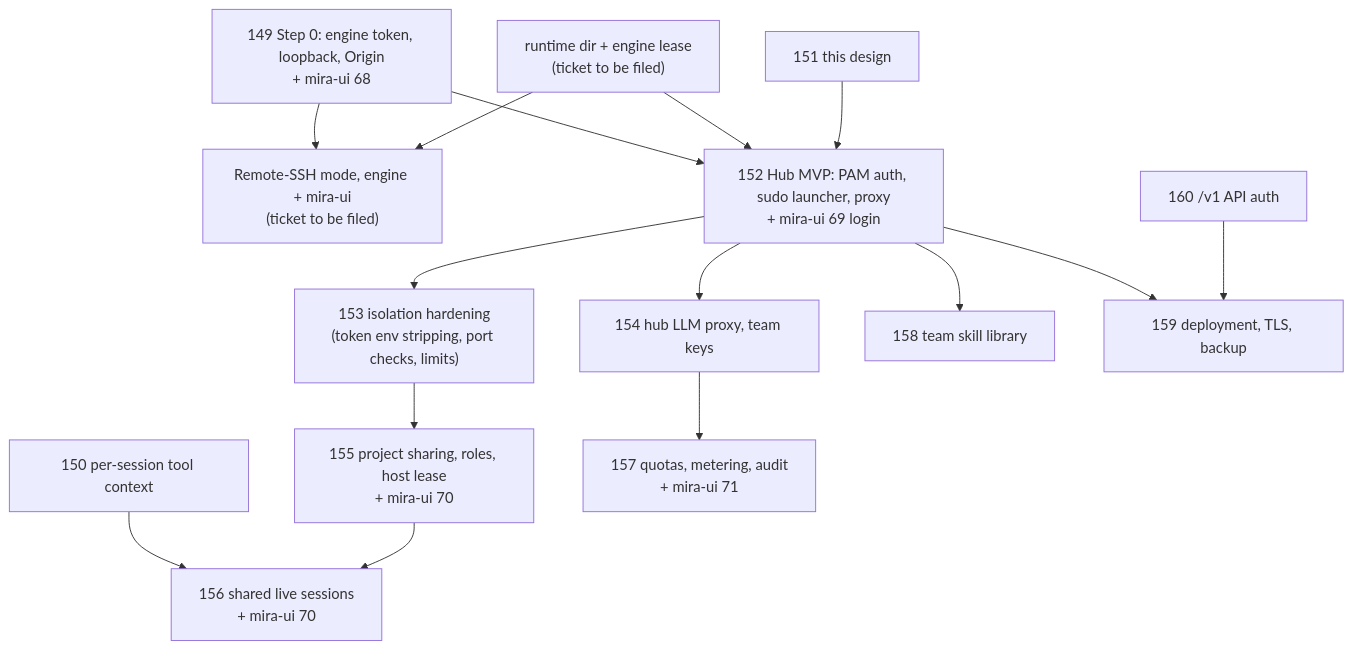
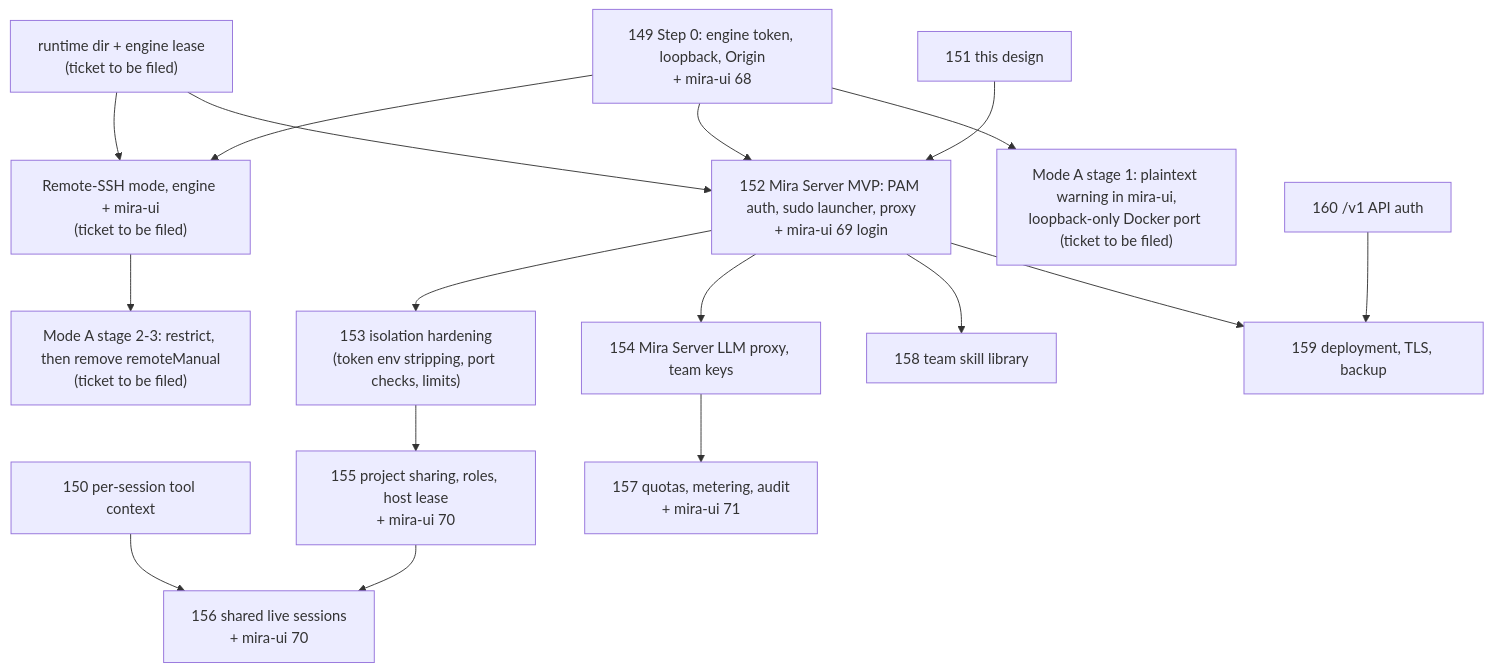
One commit to MIRA-Intelligence/mira changed the fifth of 5 diagrams in docs/server-edition/architecture.md. Above: the diagram before and after it, drawn with Mermaid. The commit also changed other lines of this file and 1 other file, not shown here.

First line of the commit message:
docs(server): rename the multi-user component to Mira Server and deprecate direct remote engines

````diff
--- a/docs/server-edition/architecture.md
+++ b/docs/server-edition/architecture.md
@@ -601,16 +627,17 @@
 ```mermaid
 flowchart TD
-  S0["149 Step 0: engine token, loopback, Origin<br/>+ mira-ui 68"] --> SSH & HUB
+  S0["149 Step 0: engine token, loopback, Origin<br/>+ mira-ui 68"] --> SSH & SRV
   R["150 per-session tool context"] --> LIVE
-  RT["runtime dir + engine lease<br/>(ticket to be filed)"] --> SSH & HUB
-  SSH["Remote-SSH mode, engine + mira-ui<br/>(ticket to be filed)"]
-  DOC["151 this design"] --> HUB
-  HUB["152 Hub MVP: PAM auth, sudo launcher, proxy<br/>+ mira-ui 69 login"] --> ISO["153 isolation hardening<br/>(token env stripping, port checks, limits)"]
-  HUB --> CFG["154 hub LLM proxy, team keys"]
-  HUB --> SK["158 team skill library"]
+  RT["runtime dir + engine lease<br/>(ticket to be filed)"] --> SSH & SRV
+  SSH["Remote-SSH mode, engine + mira-ui<br/>(ticket to be filed)"] --> DEPR["Mode A stage 2-3: restrict, then remove remoteManual<br/>(ticket to be filed)"]
+  S0 --> WARN["Mode A stage 1: plaintext warning in mira-ui,<br/>loopback-only Docker port (ticket to be filed)"]
+  DOC["151 this design"] --> SRV
+  SRV["152 Mira Server MVP: PAM auth, sudo launcher, proxy<br/>+ mira-ui 69 login"] --> ISO["153 isolation hardening<br/>(token env stripping, port checks, limits)"]
+  SRV --> CFG["154 Mira Server LLM proxy, team keys"]
+  SRV --> SK["158 team skill library"]
   ISO --> SHARE["155 project sharing, roles, host lease<br/>+ mira-ui 70"]
   SHARE --> LIVE["156 shared live sessions<br/>+ mira-ui 70"]
   CFG --> QUOTA["157 quotas, metering, audit<br/>+ mira-ui 71"]
-  HUB --> DEP["159 deployment, TLS, backup"]
+  SRV --> DEP["159 deployment, TLS, backup"]
   API["160 /v1 API auth"] --> DEP
 ```
````
